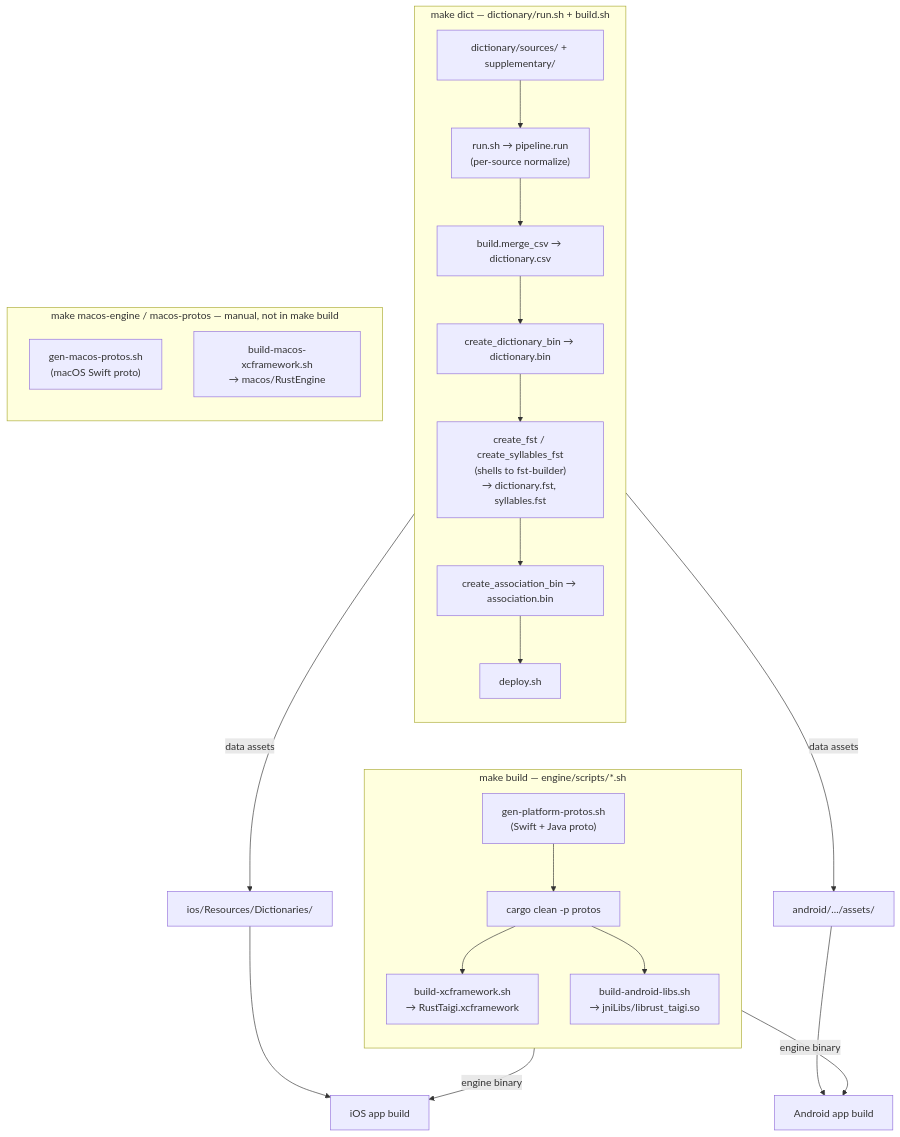
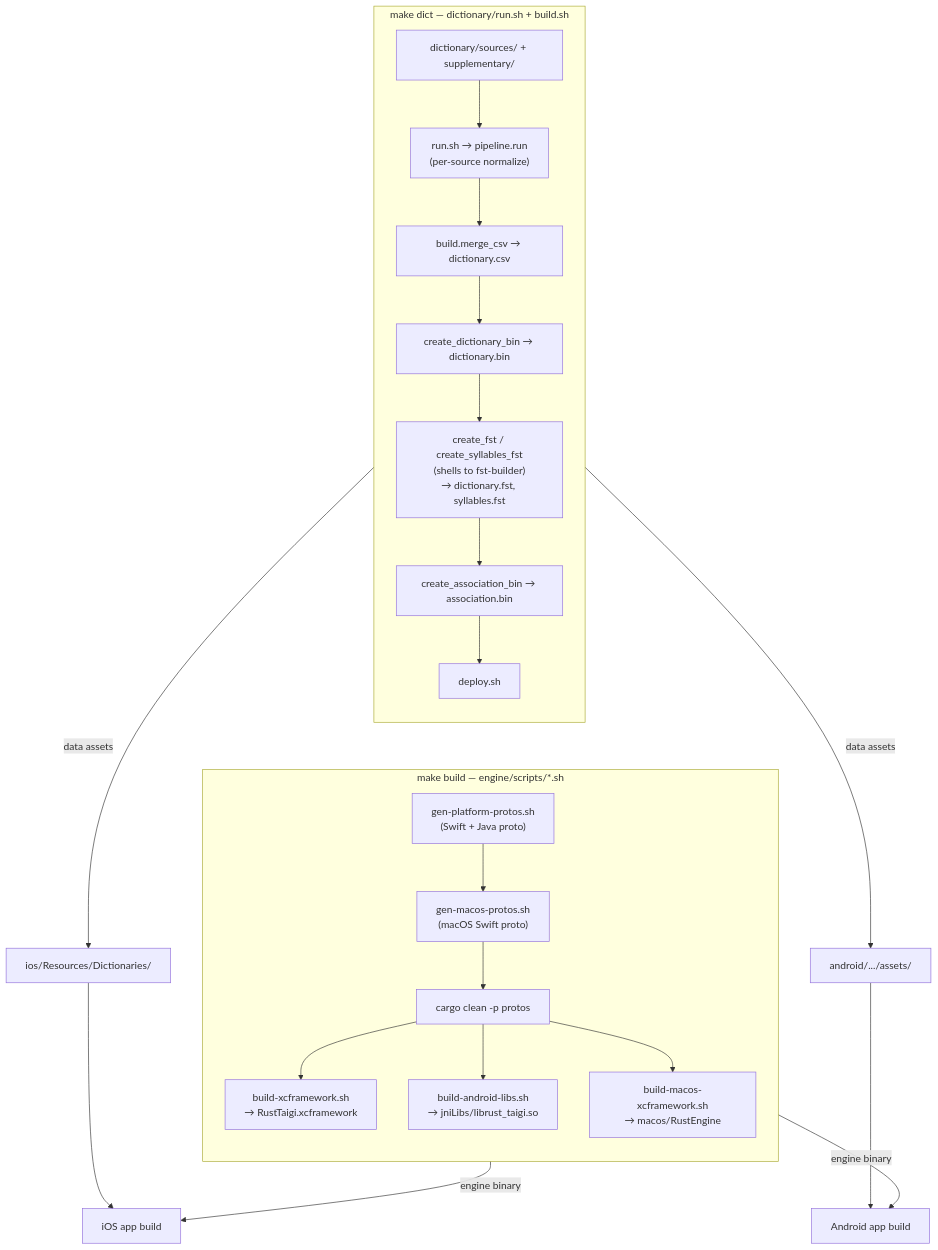
The third of 4 diagrams in docs/architecture/system-overview.md (taigikeyboard/taigikeyboard), drawn with Mermaid before and after one commit. The commit also changed 8 other files, not shown here.

First line of the commit message:
build: run macOS engine steps inside make build (#515)

````diff
--- a/docs/architecture/system-overview.md
+++ b/docs/architecture/system-overview.md
@@ -93,35 +93,33 @@
 ```mermaid
 flowchart TD
     subgraph dictpipe["make dict — dictionary/run.sh + build.sh"]
         direction TB
         src["dictionary/sources/ + supplementary/"]
         pipe["run.sh → pipeline.run<br/>(per-source normalize)"]
         merge["build.merge_csv → dictionary.csv"]
         binw["create_dictionary_bin → dictionary.bin"]
         fstw["create_fst / create_syllables_fst<br/>(shells to fst-builder)<br/>→ dictionary.fst, syllables.fst"]
         assoc["create_association_bin → association.bin"]
         dep["deploy.sh"]
         src --> pipe --> merge --> binw --> fstw --> assoc --> dep
     end
     subgraph buildpipe["make build — engine/scripts/*.sh"]
         direction TB
         proto["gen-platform-protos.sh<br/>(Swift + Java proto)"]
+        mproto["gen-macos-protos.sh<br/>(macOS Swift proto)"]
         clean["cargo clean -p protos"]
         xcf["build-xcframework.sh<br/>→ RustTaigi.xcframework"]
         jnib["build-android-libs.sh<br/>→ jniLibs/librust_taigi.so"]
-        proto --> clean --> xcf
+        mxcf["build-macos-xcframework.sh<br/>→ macos/RustEngine"]
+        proto --> mproto --> clean --> xcf
         clean --> jnib
-    end
-    subgraph macospipe["make macos-engine / macos-protos — manual, not in make build"]
-        direction TB
-        mproto["gen-macos-protos.sh<br/>(macOS Swift proto)"]
-        mxcf["build-macos-xcframework.sh<br/>→ macos/RustEngine"]
+        clean --> mxcf
     end
 
     dep -->|data assets| iosBundle["ios/Resources/Dictionaries/"]
     dep -->|data assets| andAssets["android/.../assets/"]
     xcf -->|engine binary| iosApp["iOS app build"]
     jnib -->|engine binary| andApp["Android app build"]
     iosBundle --> iosApp
     andAssets --> andApp
 ```
````
